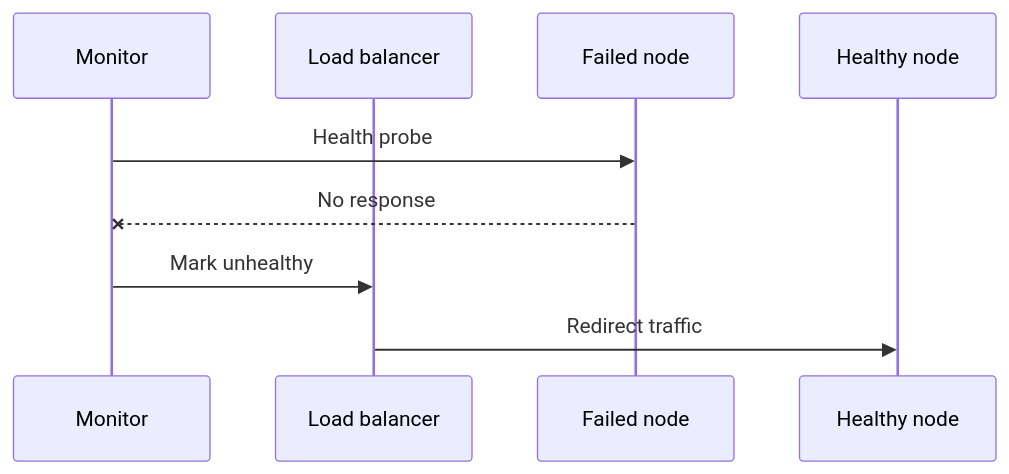
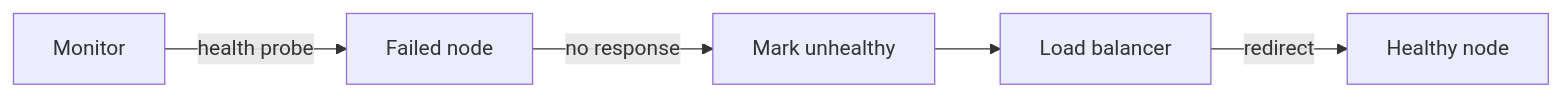
Before and after one commit to hareramcse/SystemDesign: the seventh of 21 diagrams in 12-reliability-engineering/README.md, drawn with Mermaid. The commit also changed other lines of this file, not shown here.

````diff
--- a/12-reliability-engineering/README.md
+++ b/12-reliability-engineering/README.md
@@ -227,11 +253,7 @@
 ```mermaid
-sequenceDiagram
-    participant Mon as Monitor
-    participant LB as Load balancer
-    participant Failed as Failed node
-    participant Healthy as Healthy node
-    Mon->>Failed: Health probe
-    Failed--xMon: No response
-    Mon->>LB: Mark unhealthy
-    LB->>Healthy: Redirect traffic
+flowchart LR
+    Mon[Monitor] -->|health probe| Failed[Failed node]
+    Failed -->|no response| Mark[Mark unhealthy]
+    Mark --> LB[Load balancer]
+    LB -->|redirect| Healthy[Healthy node]
 ```
````
